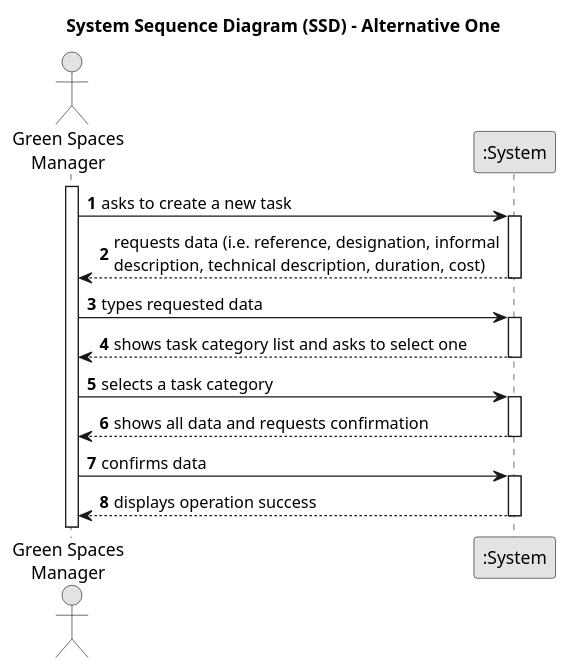
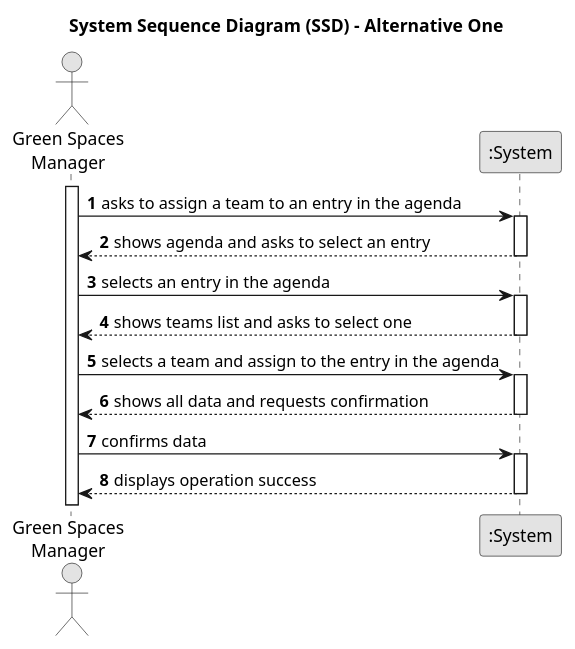
The diagram in docs/sprintA&B&C/us023/01.requirements-engineering/puml/us023-system-sequence-diagram-alternative-one.puml (daniel41silva05/ISEP_2023_2024_LAPR2), drawn with PlantUML before and after one commit. The commit also changed 2 other files, not shown here.

Commit message:
US23 - SSD, Acceptance Criteria, Dependencies and Data #11

```diff
--- a/docs/sprintA&B&C/us023/01.requirements-engineering/puml/us023-system-sequence-diagram-alternative-one.puml
+++ b/docs/sprintA&B&C/us023/01.requirements-engineering/puml/us023-system-sequence-diagram-alternative-one.puml
@@ -1,39 +1,39 @@
 @startuml
 skinparam monochrome true
 skinparam packageStyle rectangle
 skinparam shadowing false
 
 title System Sequence Diagram (SSD) - Alternative One
 
 autonumber
 
 actor "Green Spaces\nManager" as GSM
 participant ":System" as System
 
 activate GSM
 
-    GSM -> System : asks to create a new task
+    GSM -> System : asks to assign a team to an entry in the agenda
     activate System
 
-        System --> GSM : requests data (i.e. reference, designation, informal\ndescription, technical description, duration, cost)
+        System --> GSM : shows agenda and asks to select an entry
     deactivate System
 
-    GSM -> System : types requested data
+    GSM -> System : selects an entry in the agenda
     activate System
 
-        System --> GSM : shows task category list and asks to select one
+        System --> GSM : shows teams list and asks to select one
     deactivate System
 
-    GSM -> System : selects a task category
+    GSM -> System : selects a team and assign to the entry in the agenda
     activate System
 
         System --> GSM : shows all data and requests confirmation
     deactivate System
 
     GSM -> System : confirms data
     activate System
 
         System --> GSM : displays operation success
     deactivate System
 
 @enduml
```
